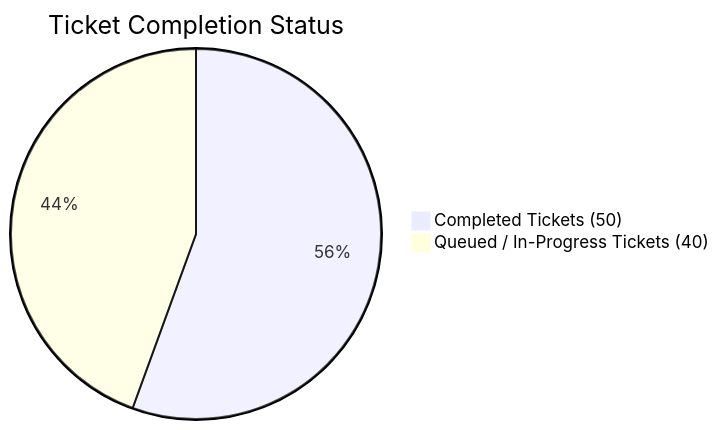
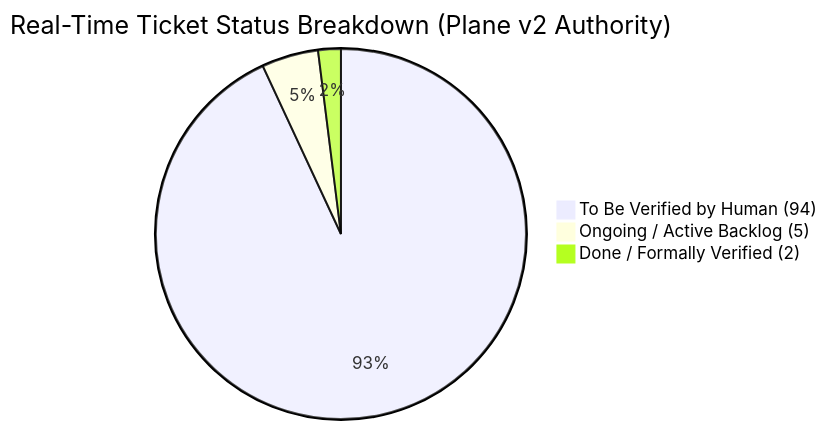
Before and after one commit to yasuomaidana/dendrite: the first of 4 diagrams in docs/roadmap/development-status-roadmap.md, drawn with Mermaid. The commit also changed other lines of this file and 14 other files, not shown here.

````diff
--- a/docs/roadmap/development-status-roadmap.md
+++ b/docs/roadmap/development-status-roadmap.md
@@ -33,5 +36,6 @@
 ```mermaid
-pie title Ticket Completion Status
-    "Completed Tickets (50)" : 50
-    "Queued / In-Progress Tickets (40)" : 40
+pie title Real-Time Ticket Status Breakdown (Plane v2 Authority)
+    "To Be Verified by Human (94)" : 94
+    "Ongoing / Active Backlog (5)" : 5
+    "Done / Formally Verified (2)" : 2
 ```
````
